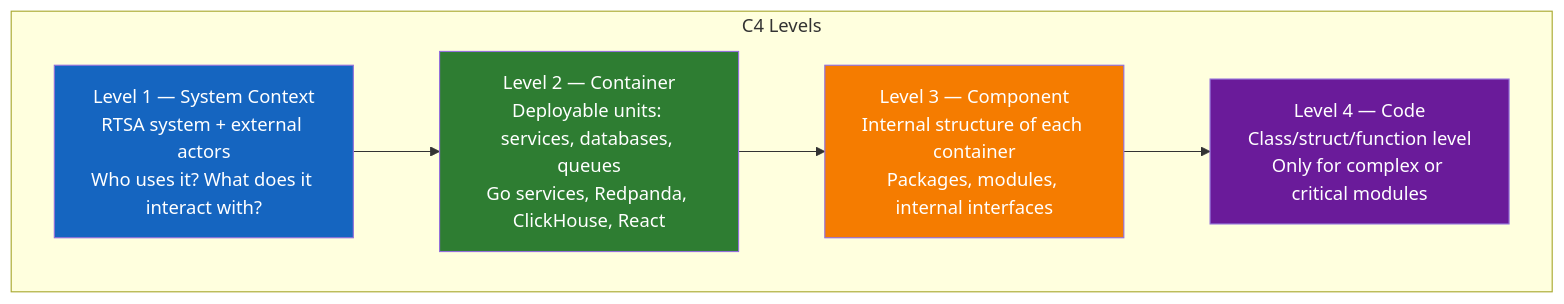
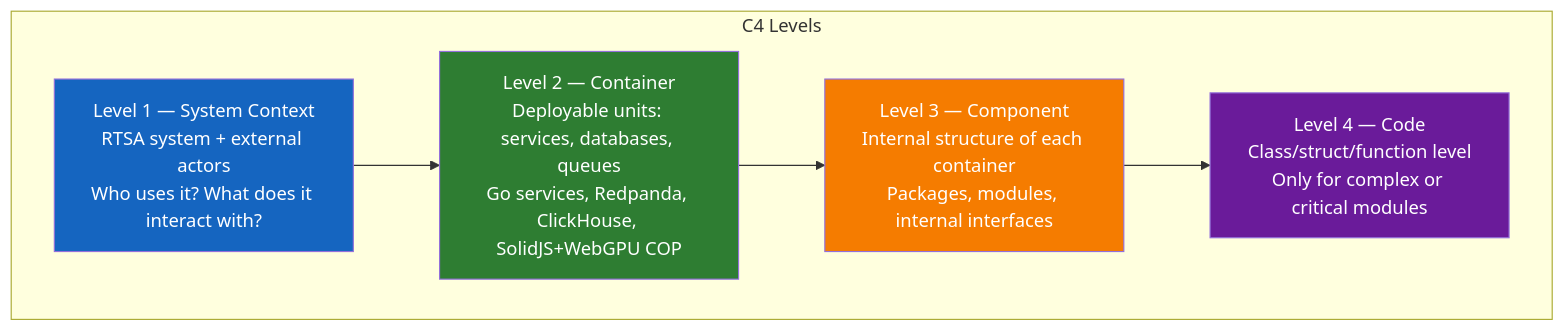
One commit to arvinddhasmana/rtsa_webgpu changed the diagram in docs/sdlc_guidelines/03_architecture_design/architecture_guidelines.md. Above: the diagram before and after it, drawn with Mermaid. The commit also changed 65 other files, not shown here.

````diff
--- a/docs/sdlc_guidelines/03_architecture_design/architecture_guidelines.md
+++ b/docs/sdlc_guidelines/03_architecture_design/architecture_guidelines.md
@@ -19,16 +19,16 @@
 ```mermaid
 graph TD
     subgraph "C4 Levels"
         L1[Level 1 — System Context<br/>RTSA system + external actors<br/>Who uses it? What does it interact with?]
-        L2[Level 2 — Container<br/>Deployable units: services, databases, queues<br/>Go services, Redpanda, ClickHouse, React]
+        L2[Level 2 — Container<br/>Deployable units: services, databases, queues<br/>Go services, Redpanda, ClickHouse, SolidJS+WebGPU COP]
         L3[Level 3 — Component<br/>Internal structure of each container<br/>Packages, modules, internal interfaces]
         L4[Level 4 — Code<br/>Class/struct/function level<br/>Only for complex or critical modules]
     end
 
     L1 --> L2 --> L3 --> L4
 
     style L1 fill:#1565c0,color:#fff
     style L2 fill:#2e7d32,color:#fff
     style L3 fill:#f57c00,color:#fff
     style L4 fill:#6a1b9a,color:#fff
 ```
````
